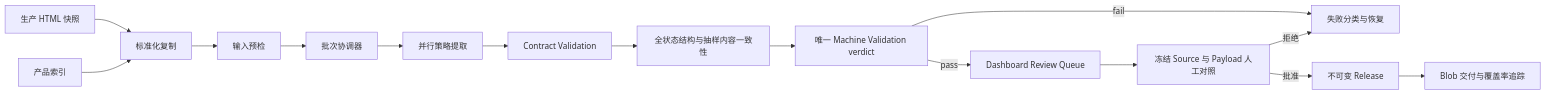
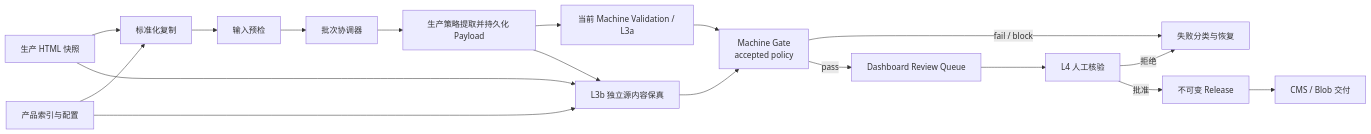
One commit to lvraikkonen/AzureCNArchaeologist changed the diagram in ROADMAP.md. Above: the diagram before and after it, drawn with Mermaid. The commit also changed other lines of this file and 3 other files, not shown here.

````diff
--- a/ROADMAP.md
+++ b/ROADMAP.md
@@ -87,17 +87,23 @@
 ```mermaid
 flowchart LR
-    A[生产 HTML 快照] --> B[标准化复制]
-    I[产品索引] --> B
-    B --> C[输入预检]
-    C --> D[批次协调器]
-    D --> E[并行策略提取]
-    E --> F[Contract Validation]
-    F --> G[全状态结构与抽样内容一致性]
-    G --> M[唯一 Machine Validation verdict]
-    M -->|fail| X[失败分类与恢复]
-    M -->|pass| H[Dashboard Review Queue]
-    H --> J[冻结 Source 与 Payload 人工对照]
-    J -->|拒绝| X
-    J -->|批准| K[不可变 Release]
-    K --> L[Blob 交付与覆盖率追踪]
+    A["生产 HTML 快照"] --> B["标准化复制"]
+    I["产品索引与配置"] --> B
+    B --> C["输入预检"]
+    C --> D["批次协调器"]
+    D --> E["生产策略提取并持久化 Payload"]
+
+    E --> F["当前 Machine Validation / L3a"]
+    A --> G["L3b 独立源内容保真"]
+    I --> G
+    E --> G
+
+    F --> M["Machine Gate<br/>accepted policy"]
+    G --> M
+
+    M -->|"fail / block"| X["失败分类与恢复"]
+    M -->|"pass"| H["Dashboard Review Queue"]
+    H --> J["L4 人工核验"]
+    J -->|"拒绝"| X
+    J -->|"批准"| K["不可变 Release"]
+    K --> L["CMS / Blob 交付"]
 ```
````
